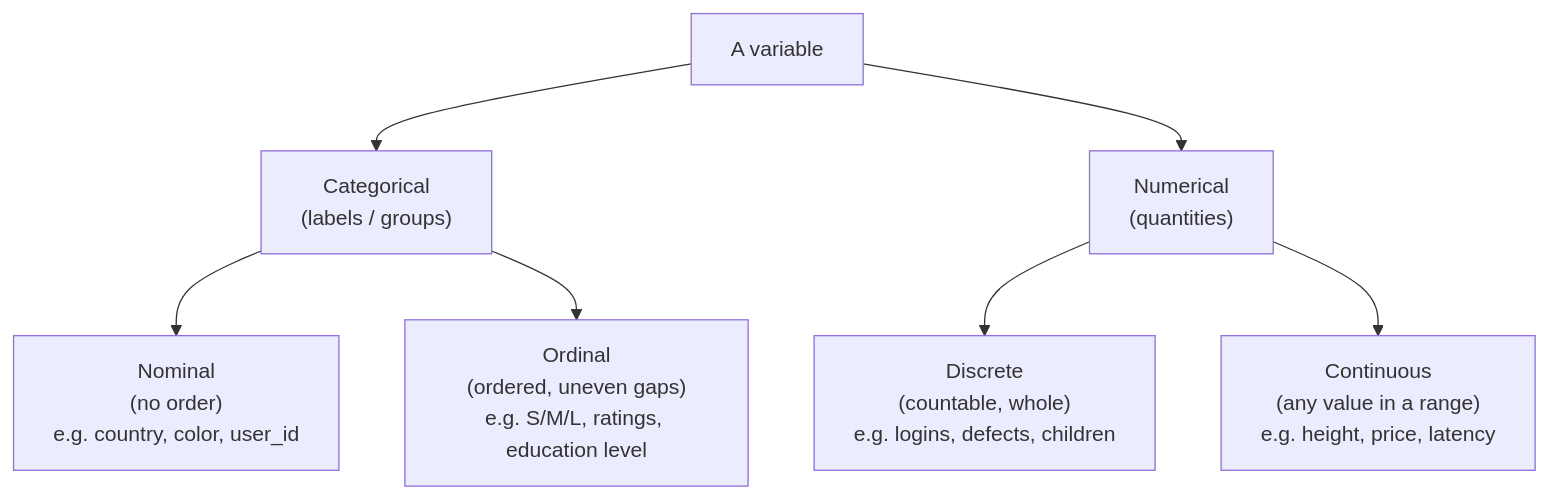
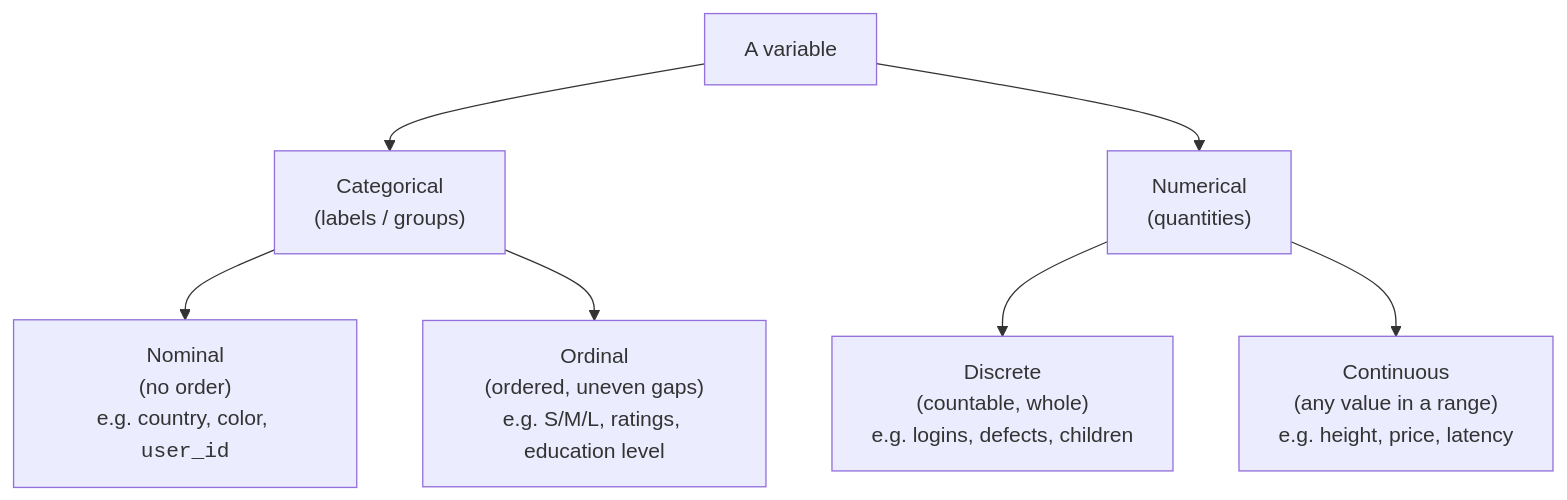
Before and after one commit to dataslope/dataslope: the first of 3 diagrams in content/learn/statistics-for-data-science-python/types-of-data.mdx, drawn with Mermaid. The commit also changed other lines of this file and 153 other files, not shown here.

First line of the commit message:
Render code-only mermaid shapes in monospace; convert step sequences to Steps

````diff
--- a/content/learn/statistics-for-data-science-python/types-of-data.mdx
+++ b/content/learn/statistics-for-data-science-python/types-of-data.mdx
@@ -34,9 +34,9 @@
 ```mermaid
 flowchart TD
     V["A variable"] --> CAT["Categorical<br/>(labels / groups)"]
     V --> NUM["Numerical<br/>(quantities)"]
-    CAT --> NOM["Nominal<br/>(no order)<br/>e.g. country, color, user_id"]
+    CAT --> NOM["Nominal<br/>(no order)<br/>e.g. country, color, <code>user_id</code>"]
     CAT --> ORD["Ordinal<br/>(ordered, uneven gaps)<br/>e.g. S/M/L, ratings, education level"]
     NUM --> DISC["Discrete<br/>(countable, whole)<br/>e.g. logins, defects, children"]
     NUM --> CONT["Continuous<br/>(any value in a range)<br/>e.g. height, price, latency"]
 ```
````
